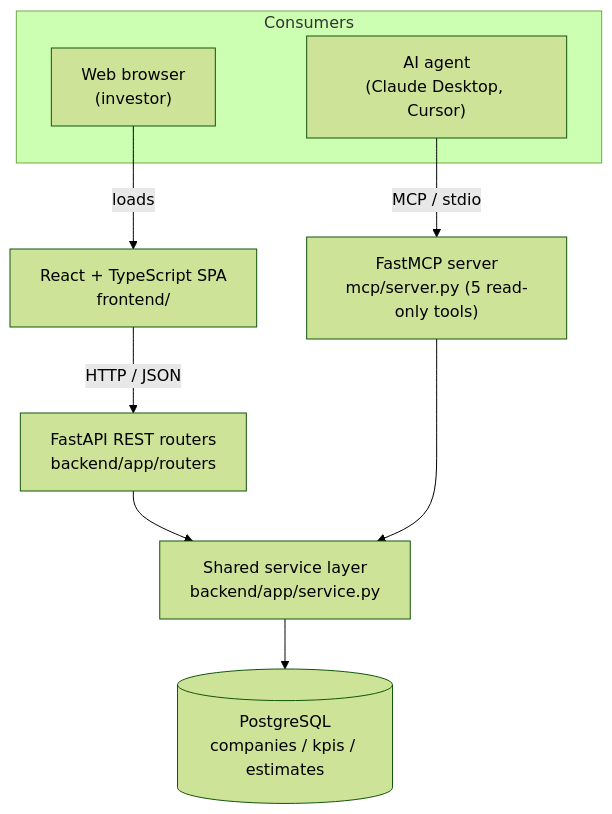
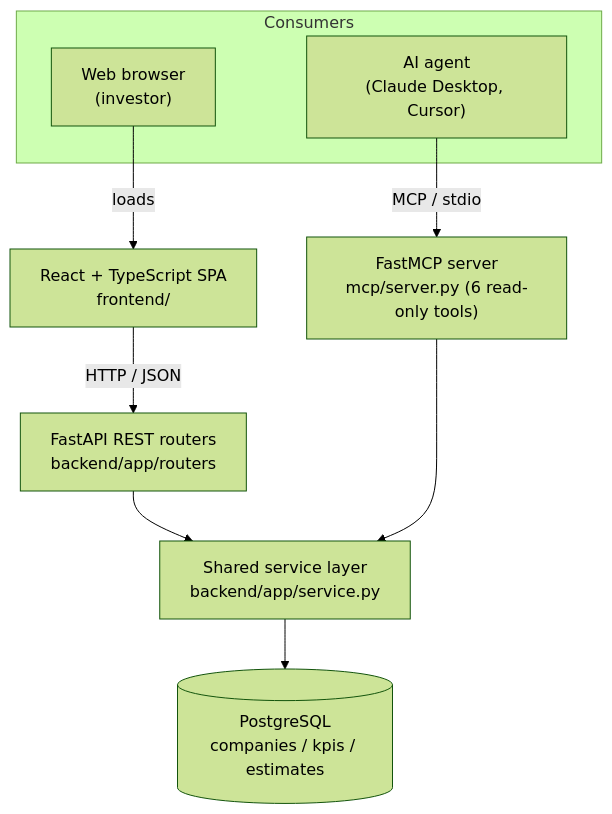
Before and after one commit to rCarrano16/yipitdata-takehome: the diagram in README.md, drawn with Mermaid (forest theme). The commit also changed other lines of this file and 21 other files, not shown here.

````diff
--- a/README.md
+++ b/README.md
@@ -28,13 +28,13 @@
 ```mermaid
 flowchart TD
   subgraph consumers[Consumers]
     Browser["Web browser<br/>(investor)"]
     Agent["AI agent<br/>(Claude Desktop, Cursor)"]
   end
   Browser -->|loads| SPA["React + TypeScript SPA<br/>frontend/"]
   SPA -->|HTTP / JSON| REST["FastAPI REST routers<br/>backend/app/routers"]
-  Agent -->|MCP / stdio| MCP["FastMCP server<br/>mcp/server.py (5 read-only tools)"]
+  Agent -->|MCP / stdio| MCP["FastMCP server<br/>mcp/server.py (6 read-only tools)"]
   REST --> SVC["Shared service layer<br/>backend/app/service.py"]
   MCP --> SVC
   SVC --> DB[("PostgreSQL<br/>companies / kpis / estimates")]
 ```
````
